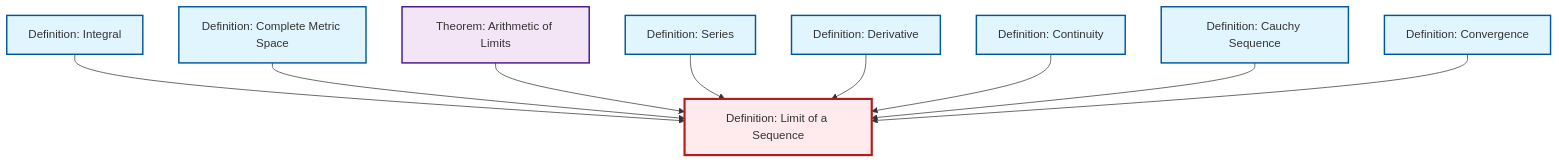
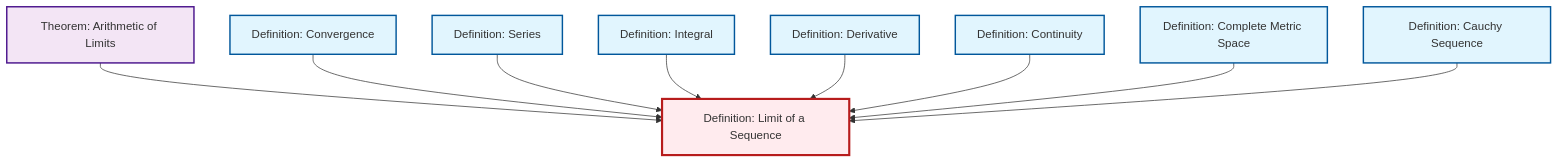
The diagram in content/en/analysis/def-limit.qmd (RK0429/ModernMath), drawn with Mermaid before and after one commit. The commit also changed other lines of this file and 1012 other files, not shown here.

````diff
--- a/content/en/analysis/def-limit.qmd
+++ b/content/en/analysis/def-limit.qmd
@@ -48,35 +48,35 @@
 ```{mermaid}
 %%| fig-cap: "Local dependency graph"
 graph TD
     classDef definition fill:#e1f5fe,stroke:#01579b,stroke-width:2px
     classDef theorem fill:#f3e5f5,stroke:#4a148c,stroke-width:2px
     classDef axiom fill:#fff3e0,stroke:#e65100,stroke-width:2px
     classDef example fill:#e8f5e9,stroke:#1b5e20,stroke-width:2px
     classDef current fill:#ffebee,stroke:#b71c1c,stroke-width:3px
+    def-limit["Definition: Limit of a Sequence"]:::definition
+    def-continuity["Definition: Continuity"]:::definition
+    def-complete-metric-space["Definition: Complete Metric Space"]:::definition
+    def-derivative["Definition: Derivative"]:::definition
+    def-series["Definition: Series"]:::definition
+    def-convergence["Definition: Convergence"]:::definition
     def-integral["Definition: Integral"]:::definition
-    def-limit["Definition: Limit of a Sequence"]:::definition
-    def-series["Definition: Series"]:::definition
     def-cauchy-sequence["Definition: Cauchy Sequence"]:::definition
-    def-convergence["Definition: Convergence"]:::definition
-    def-complete-metric-space["Definition: Complete Metric Space"]:::definition
     thm-limit-arithmetic["Theorem: Arithmetic of Limits"]:::theorem
-    def-continuity["Definition: Continuity"]:::definition
-    def-derivative["Definition: Derivative"]:::definition
+    thm-limit-arithmetic --> def-limit
+    def-convergence --> def-limit
+    def-series --> def-limit
     def-integral --> def-limit
-    def-complete-metric-space --> def-limit
-    thm-limit-arithmetic --> def-limit
-    def-series --> def-limit
     def-derivative --> def-limit
     def-continuity --> def-limit
+    def-complete-metric-space --> def-limit
     def-cauchy-sequence --> def-limit
-    def-convergence --> def-limit
     class def-limit current
+    click def-continuity "def-continuity.html" "Go to Continuity definition"
+    click def-complete-metric-space "def-complete-metric-space.html" "Go to Complete Metric Space definition"
+    click def-derivative "def-derivative.html" "Go to Derivative definition"
+    click def-series "def-series.html" "Go to Series definition"
+    click def-convergence "def-convergence.html" "Go to Convergence definition"
     click def-integral "def-integral.html" "Go to Integral definition"
-    click def-series "def-series.html" "Go to Series definition"
     click def-cauchy-sequence "def-cauchy-sequence.html" "Go to Cauchy Sequence definition"
-    click def-convergence "def-convergence.html" "Go to Convergence definition"
-    click def-complete-metric-space "def-complete-metric-space.html" "Go to Complete Metric Space definition"
     click thm-limit-arithmetic "thm-limit-arithmetic.html" "Go to Arithmetic of Limits theorem"
-    click def-continuity "def-continuity.html" "Go to Continuity definition"
-    click def-derivative "def-derivative.html" "Go to Derivative definition"
 ```
````
